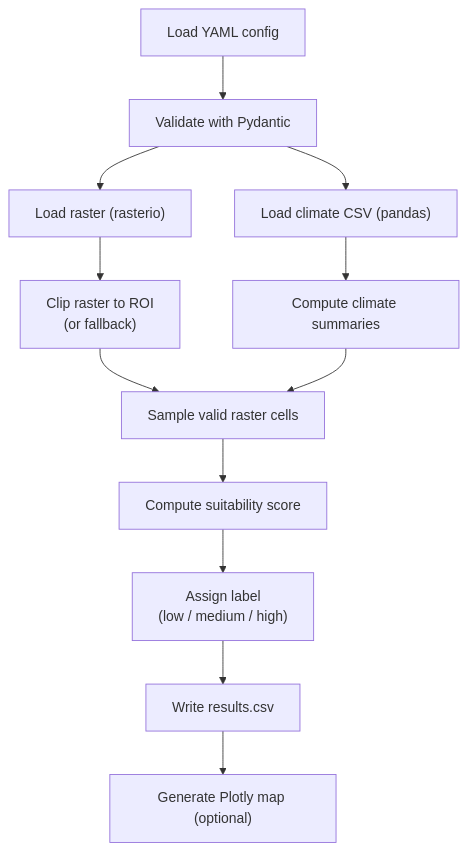
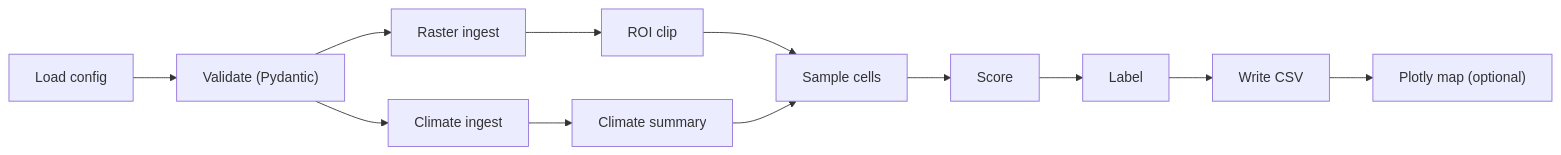
The diagram in paper/figure2_pipeline.mmd (gmarupilla/AgroTerraFlow), drawn with Mermaid before and after one commit. The commit also changed 3 other files, not shown here.

Commit message:
Refactor pipeline flowchart and update bibliography management

```diff
--- a/paper/figure2_pipeline.mmd
+++ b/paper/figure2_pipeline.mmd
@@ -1,19 +1,16 @@
-flowchart TD
+flowchart LR
 
-    A["Load YAML config"] --> B["Validate with Pydantic"]
-    B --> C["Load raster (rasterio)"]
-    B --> D["Load climate CSV (pandas)"]
+    A["Load config"] --> B["Validate (Pydantic)"]
+    B --> C["Raster ingest"]
+    B --> D["Climate ingest"]
 
-    C --> E["Clip raster to ROI
-(or fallback)"]
-    D --> F["Compute climate summaries"]
+    C --> E["ROI clip"]
+    D --> F["Climate summary"]
 
-    E --> G["Sample valid raster cells"]
+    E --> G["Sample cells"]
     F --> G
 
-    G --> H["Compute suitability score"]
-    H --> I["Assign label
-(low / medium / high)"]
-
-    I --> J["Write results.csv"]
-    J --> K["Generate Plotly map (optional)"]
+    G --> H["Score"]
+    H --> I["Label"]
+    I --> J["Write CSV"]
+    J --> K["Plotly map (optional)"]
```
